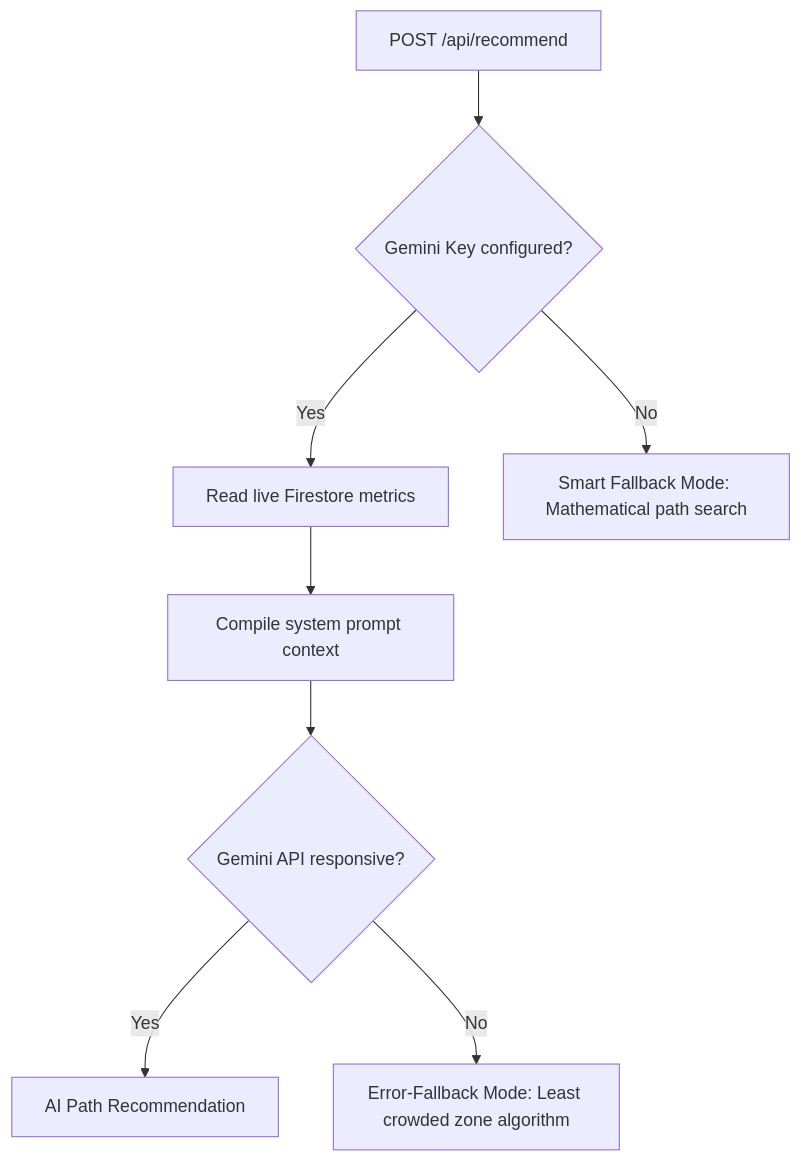
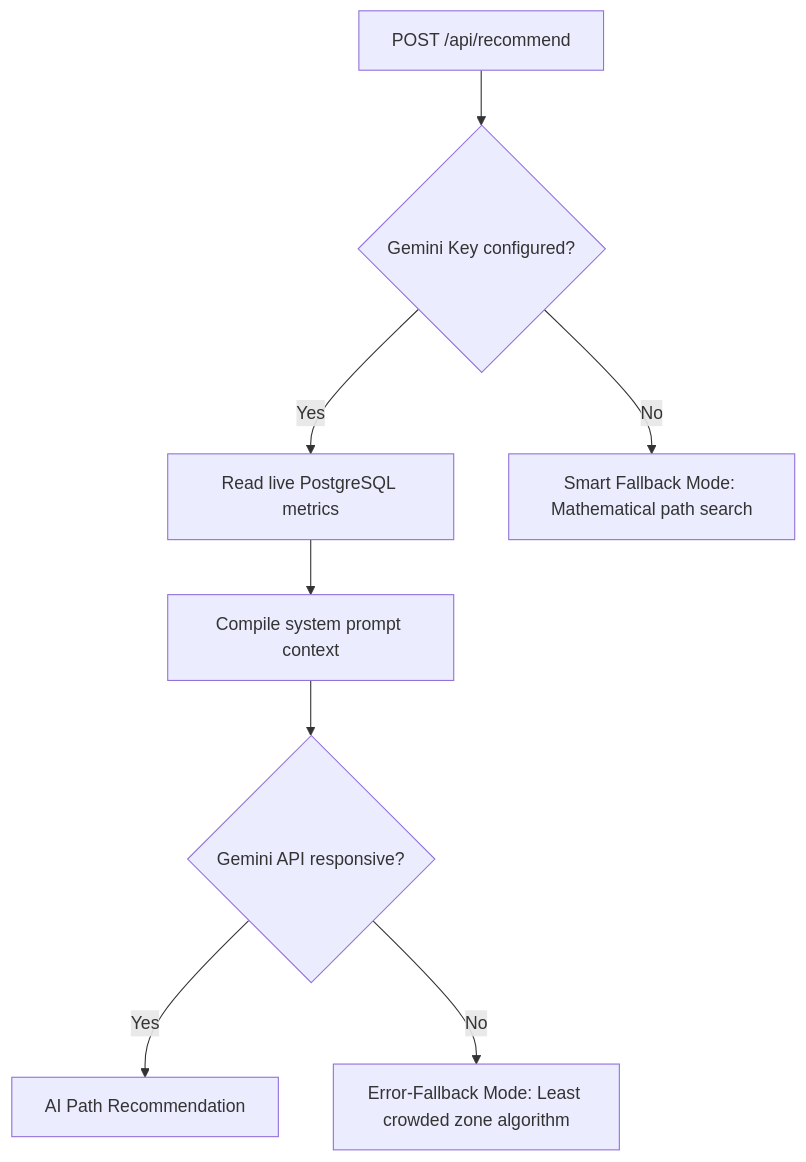
The third of 5 diagrams in README.md (kapil31jangid/stadiumos-ai), drawn with Mermaid before and after one commit. The commit also changed other lines of this file and 49 other files, not shown here.

Commit message:
migrate backend and frontend to Supabase by replacing Firebase integration and implementing PostgreSQL schemas with repository-based data handling.

````diff
--- a/README.md
+++ b/README.md
@@ -129,10 +149,10 @@
 ```mermaid
 graph TD
     A[POST /api/recommend] --> B{Gemini Key configured?}
-    B -->|Yes| C[Read live Firestore metrics]
+    B -->|Yes| C[Read live PostgreSQL metrics]
     C --> D[Compile system prompt context]
     D --> E{Gemini API responsive?}
     E -->|Yes| F[AI Path Recommendation]
     E -->|No| G[Error-Fallback Mode: Least crowded zone algorithm]
     B -->|No| H[Smart Fallback Mode: Mathematical path search]
 ```
````
